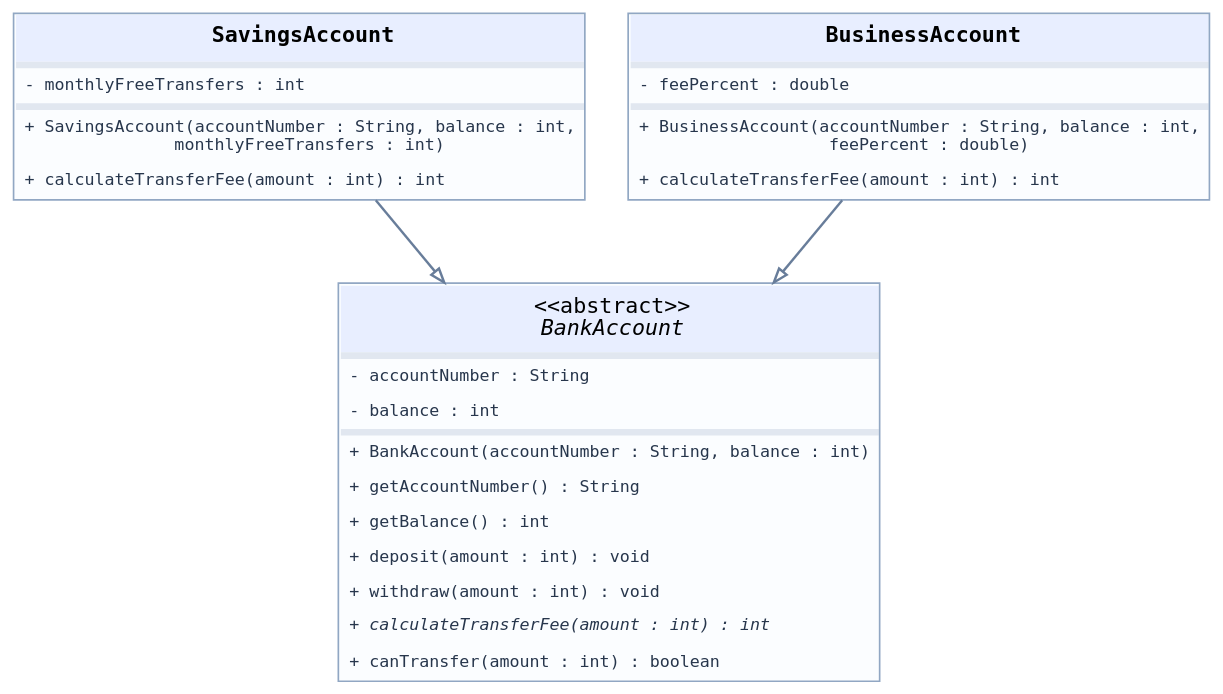
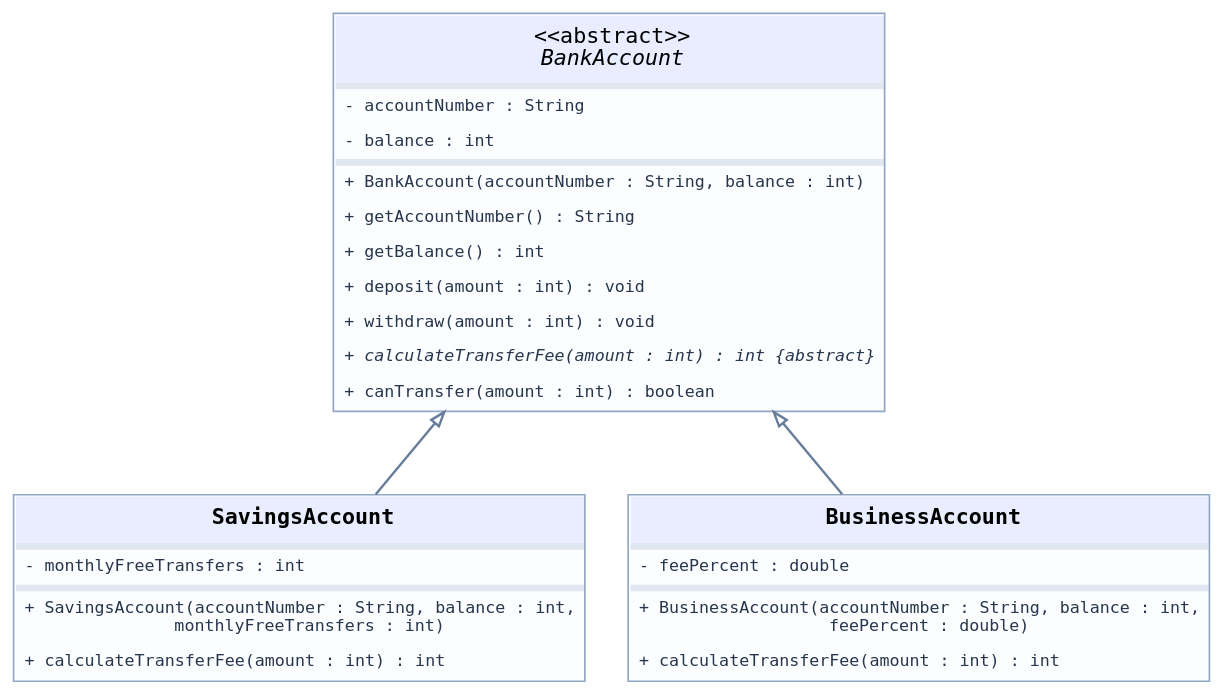
Before and after one commit to edetroll/java-oop: the diagram in content/chapters/10-absztrakt-osztalyok/media/task-bank-hu.dot, drawn with Graphviz. The commit also changed 41 other files, not shown here.

```diff
--- a/content/chapters/10-absztrakt-osztalyok/media/task-bank-hu.dot
+++ b/content/chapters/10-absztrakt-osztalyok/media/task-bank-hu.dot
@@ -1,8 +1,8 @@
-digraph UML { graph [rankdir=TB,bgcolor="transparent",pad="0.12",nodesep="0.36",ranksep="0.7",splines=polyline];
+digraph UML { graph [rankdir=BT,bgcolor="transparent",pad="0.12",nodesep="0.36",ranksep="0.7",splines=polyline];
 node [shape=plain]; edge [color="#687d9a",penwidth=1.45,arrowsize=0.85];
-"BankAccount" [label=<<TABLE BORDER="1" CELLBORDER="0" CELLSPACING="0" COLOR="#91a7c3" BGCOLOR="#fbfdff"><TR><TD BGCOLOR="#e8eeff" CELLPADDING="7"><FONT FACE="DejaVu Sans Mono" POINT-SIZE="13">&lt;&lt;abstract&gt;&gt;<BR/><I>BankAccount</I></FONT></TD></TR><TR><TD BGCOLOR="#e1e7f0" HEIGHT="2"></TD></TR><TR><TD ALIGN="LEFT" CELLPADDING="5"><FONT FACE="DejaVu Sans Mono" POINT-SIZE="10" COLOR="#27364c">- accountNumber : String</FONT></TD></TR><TR><TD ALIGN="LEFT" CELLPADDING="5"><FONT FACE="DejaVu Sans Mono" POINT-SIZE="10" COLOR="#27364c">- balance : int</FONT></TD></TR><TR><TD BGCOLOR="#e1e7f0" HEIGHT="2"></TD></TR><TR><TD ALIGN="LEFT" CELLPADDING="5"><FONT FACE="DejaVu Sans Mono" POINT-SIZE="10" COLOR="#27364c">+ BankAccount(accountNumber : String, balance : int)</FONT></TD></TR><TR><TD ALIGN="LEFT" CELLPADDING="5"><FONT FACE="DejaVu Sans Mono" POINT-SIZE="10" COLOR="#27364c">+ getAccountNumber() : String</FONT></TD></TR><TR><TD ALIGN="LEFT" CELLPADDING="5"><FONT FACE="DejaVu Sans Mono" POINT-SIZE="10" COLOR="#27364c">+ getBalance() : int</FONT></TD></TR><TR><TD ALIGN="LEFT" CELLPADDING="5"><FONT FACE="DejaVu Sans Mono" POINT-SIZE="10" COLOR="#27364c">+ deposit(amount : int) : void</FONT></TD></TR><TR><TD ALIGN="LEFT" CELLPADDING="5"><FONT FACE="DejaVu Sans Mono" POINT-SIZE="10" COLOR="#27364c">+ withdraw(amount : int) : void</FONT></TD></TR><TR><TD ALIGN="LEFT" CELLPADDING="5"><FONT FACE="DejaVu Sans Mono" POINT-SIZE="10" COLOR="#27364c"><I>+ calculateTransferFee(amount : int) : int</I></FONT></TD></TR><TR><TD ALIGN="LEFT" CELLPADDING="5"><FONT FACE="DejaVu Sans Mono" POINT-SIZE="10" COLOR="#27364c">+ canTransfer(amount : int) : boolean</FONT></TD></TR></TABLE>>];
+"BankAccount" [label=<<TABLE BORDER="1" CELLBORDER="0" CELLSPACING="0" COLOR="#91a7c3" BGCOLOR="#fbfdff"><TR><TD BGCOLOR="#e8eeff" CELLPADDING="7"><FONT FACE="DejaVu Sans Mono" POINT-SIZE="13">&lt;&lt;abstract&gt;&gt;<BR/><I>BankAccount</I></FONT></TD></TR><TR><TD BGCOLOR="#e1e7f0" HEIGHT="2"></TD></TR><TR><TD ALIGN="LEFT" CELLPADDING="5"><FONT FACE="DejaVu Sans Mono" POINT-SIZE="10" COLOR="#27364c">- accountNumber : String</FONT></TD></TR><TR><TD ALIGN="LEFT" CELLPADDING="5"><FONT FACE="DejaVu Sans Mono" POINT-SIZE="10" COLOR="#27364c">- balance : int</FONT></TD></TR><TR><TD BGCOLOR="#e1e7f0" HEIGHT="2"></TD></TR><TR><TD ALIGN="LEFT" CELLPADDING="5"><FONT FACE="DejaVu Sans Mono" POINT-SIZE="10" COLOR="#27364c">+ BankAccount(accountNumber : String, balance : int)</FONT></TD></TR><TR><TD ALIGN="LEFT" CELLPADDING="5"><FONT FACE="DejaVu Sans Mono" POINT-SIZE="10" COLOR="#27364c">+ getAccountNumber() : String</FONT></TD></TR><TR><TD ALIGN="LEFT" CELLPADDING="5"><FONT FACE="DejaVu Sans Mono" POINT-SIZE="10" COLOR="#27364c">+ getBalance() : int</FONT></TD></TR><TR><TD ALIGN="LEFT" CELLPADDING="5"><FONT FACE="DejaVu Sans Mono" POINT-SIZE="10" COLOR="#27364c">+ deposit(amount : int) : void</FONT></TD></TR><TR><TD ALIGN="LEFT" CELLPADDING="5"><FONT FACE="DejaVu Sans Mono" POINT-SIZE="10" COLOR="#27364c">+ withdraw(amount : int) : void</FONT></TD></TR><TR><TD ALIGN="LEFT" CELLPADDING="5"><FONT FACE="DejaVu Sans Mono" POINT-SIZE="10" COLOR="#27364c"><I>+ calculateTransferFee(amount : int) : int {abstract}</I></FONT></TD></TR><TR><TD ALIGN="LEFT" CELLPADDING="5"><FONT FACE="DejaVu Sans Mono" POINT-SIZE="10" COLOR="#27364c">+ canTransfer(amount : int) : boolean</FONT></TD></TR></TABLE>>];
 "SavingsAccount" [label=<<TABLE BORDER="1" CELLBORDER="0" CELLSPACING="0" COLOR="#91a7c3" BGCOLOR="#fbfdff"><TR><TD BGCOLOR="#e8eeff" CELLPADDING="7"><FONT FACE="DejaVu Sans Mono" POINT-SIZE="13"><B>SavingsAccount</B></FONT></TD></TR><TR><TD BGCOLOR="#e1e7f0" HEIGHT="2"></TD></TR><TR><TD ALIGN="LEFT" CELLPADDING="5"><FONT FACE="DejaVu Sans Mono" POINT-SIZE="10" COLOR="#27364c">- monthlyFreeTransfers : int</FONT></TD></TR><TR><TD BGCOLOR="#e1e7f0" HEIGHT="2"></TD></TR><TR><TD ALIGN="LEFT" CELLPADDING="5"><FONT FACE="DejaVu Sans Mono" POINT-SIZE="10" COLOR="#27364c">+ SavingsAccount(accountNumber : String, balance : int,<BR ALIGN="LEFT"/>    monthlyFreeTransfers : int)</FONT></TD></TR><TR><TD ALIGN="LEFT" CELLPADDING="5"><FONT FACE="DejaVu Sans Mono" POINT-SIZE="10" COLOR="#27364c">+ calculateTransferFee(amount : int) : int</FONT></TD></TR></TABLE>>];
 "BusinessAccount" [label=<<TABLE BORDER="1" CELLBORDER="0" CELLSPACING="0" COLOR="#91a7c3" BGCOLOR="#fbfdff"><TR><TD BGCOLOR="#e8eeff" CELLPADDING="7"><FONT FACE="DejaVu Sans Mono" POINT-SIZE="13"><B>BusinessAccount</B></FONT></TD></TR><TR><TD BGCOLOR="#e1e7f0" HEIGHT="2"></TD></TR><TR><TD ALIGN="LEFT" CELLPADDING="5"><FONT FACE="DejaVu Sans Mono" POINT-SIZE="10" COLOR="#27364c">- feePercent : double</FONT></TD></TR><TR><TD BGCOLOR="#e1e7f0" HEIGHT="2"></TD></TR><TR><TD ALIGN="LEFT" CELLPADDING="5"><FONT FACE="DejaVu Sans Mono" POINT-SIZE="10" COLOR="#27364c">+ BusinessAccount(accountNumber : String, balance : int,<BR ALIGN="LEFT"/>    feePercent : double)</FONT></TD></TR><TR><TD ALIGN="LEFT" CELLPADDING="5"><FONT FACE="DejaVu Sans Mono" POINT-SIZE="10" COLOR="#27364c">+ calculateTransferFee(amount : int) : int</FONT></TD></TR></TABLE>>];
 "SavingsAccount" -> "BankAccount" [arrowhead=empty];
 "BusinessAccount" -> "BankAccount" [arrowhead=empty];
 }
```
